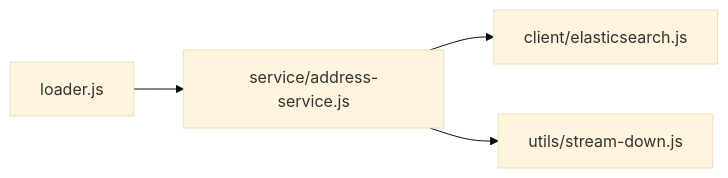
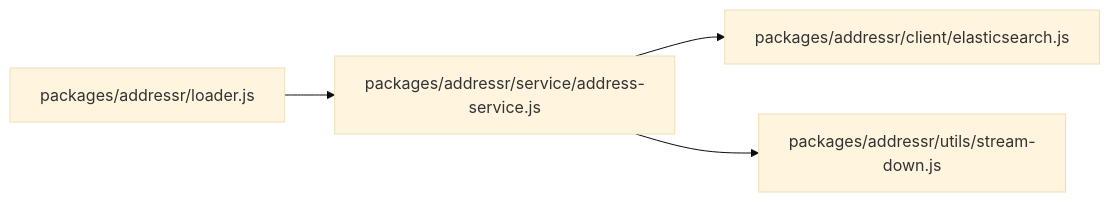
Before and after one commit to mountain-pass/addressr: the sixth of 7 diagrams in docs/architecture/C4_MODEL.md, drawn with Mermaid (base theme). The commit also changed other lines of this file and 50 other files, not shown here.

````diff
--- a/docs/architecture/C4_MODEL.md
+++ b/docs/architecture/C4_MODEL.md
@@ -180,11 +229,11 @@
 ```mermaid
 flowchart LR
-  loader["loader.js"]
-  addressSvc["service/address-service.js"]
-  esClient["client/elasticsearch.js"]
-  streamDown["utils/stream-down.js"]
+  loader["packages/addressr/loader.js"]
+  addressSvc["packages/addressr/service/address-service.js"]
+  esClient["packages/addressr/client/elasticsearch.js"]
+  streamDown["packages/addressr/utils/stream-down.js"]
 
   loader --> addressSvc
   addressSvc --> esClient
   addressSvc --> streamDown
 ```
````
